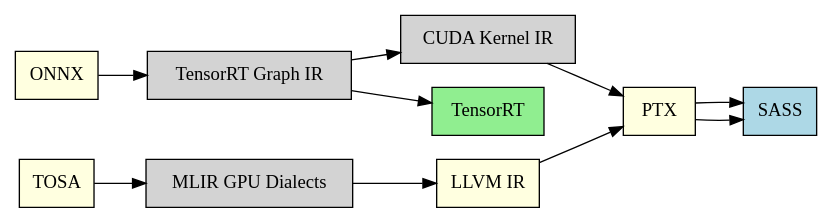
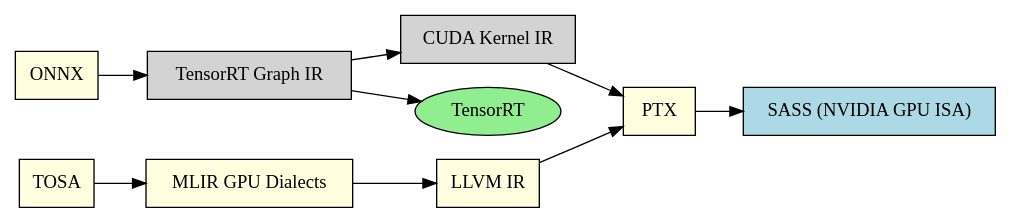
One commit to Jonathan2251/lbd changed the diagram in Fig/gpu/nvidia-flow.gv. Above: the diagram before and after it, drawn with Graphviz. The commit also changed 16 other files, not shown here.

```diff
--- a/Fig/gpu/nvidia-flow.gv
+++ b/Fig/gpu/nvidia-flow.gv
@@ -1,23 +1,23 @@
 
   
     digraph NVIDIA_IR_Flow {
         rankdir=LR;
   
         node [shape=box]; 
   
         ONNX [style=filled, fillcolor=lightyellow];
         "TensorRT Graph IR" [style=filled, fillcolor=lightgray];
         "CUDA Kernel IR" [style=filled, fillcolor=lightgray];
         PTX [style=filled, fillcolor=lightyellow];
-        SASS [style=filled, fillcolor=lightblue];
-        TensorRT [style=filled, fillcolor=lightgreen];
+        SASS [label="SASS (NVIDIA GPU ISA)", style=filled, fillcolor=lightblue];
+        TensorRT [style=filled, shape=oval, fillcolor=lightgreen];
 
         TOSA [style=filled, fillcolor=lightyellow];
-        "MLIR GPU Dialects" [style=filled, fillcolor=lightgray];
+        "MLIR GPU Dialects" [style=filled, fillcolor=lightyellow];
         "LLVM IR" [style=filled, fillcolor=lightyellow];
 
-        ONNX -> "TensorRT Graph IR" -> "CUDA Kernel IR" -> PTX -> SASS;
+        ONNX -> "TensorRT Graph IR" -> "CUDA Kernel IR" -> PTX;
         "TensorRT Graph IR" -> TensorRT;
 
         TOSA -> "MLIR GPU Dialects" -> "LLVM IR" -> PTX -> SASS;
     }
```
